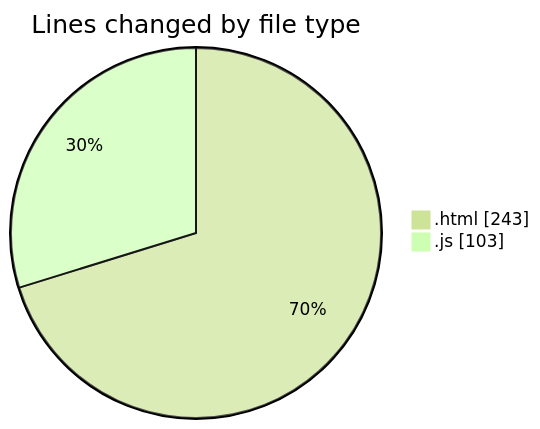
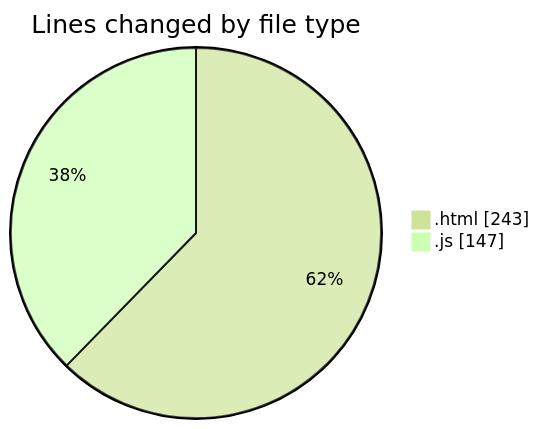
One commit to becaeroporto-bot/code-tracking changed the first of 2 diagrams in 2026-02-19/bot_v1_2/README.md. Above: the diagram before and after it, drawn with Mermaid (forest theme). The commit also changed other lines of this file and 1 other file, not shown here.

````diff
--- a/2026-02-19/bot_v1_2/README.md
+++ b/2026-02-19/bot_v1_2/README.md
@@ -25,6 +25,6 @@
 ```mermaid
 pie showData
 title Lines changed by file type
 ".html" : 243
-".js" : 103
+".js" : 147
 ```
````
